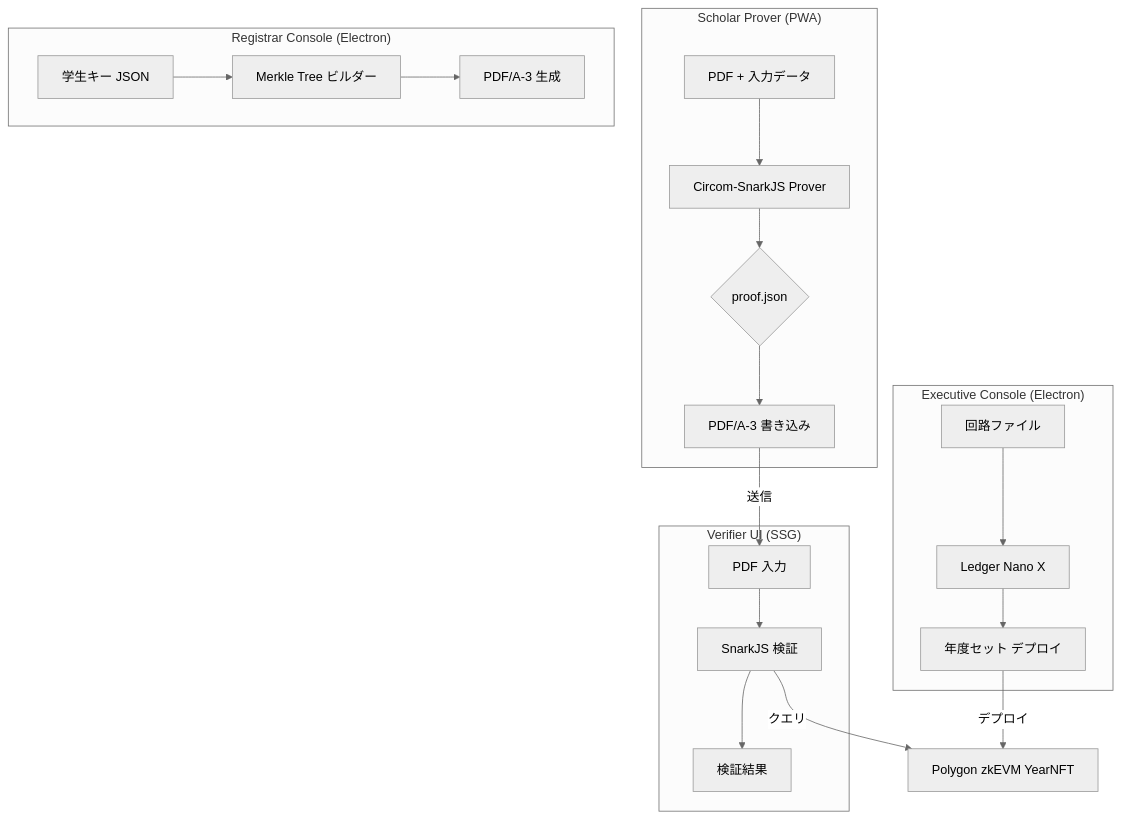
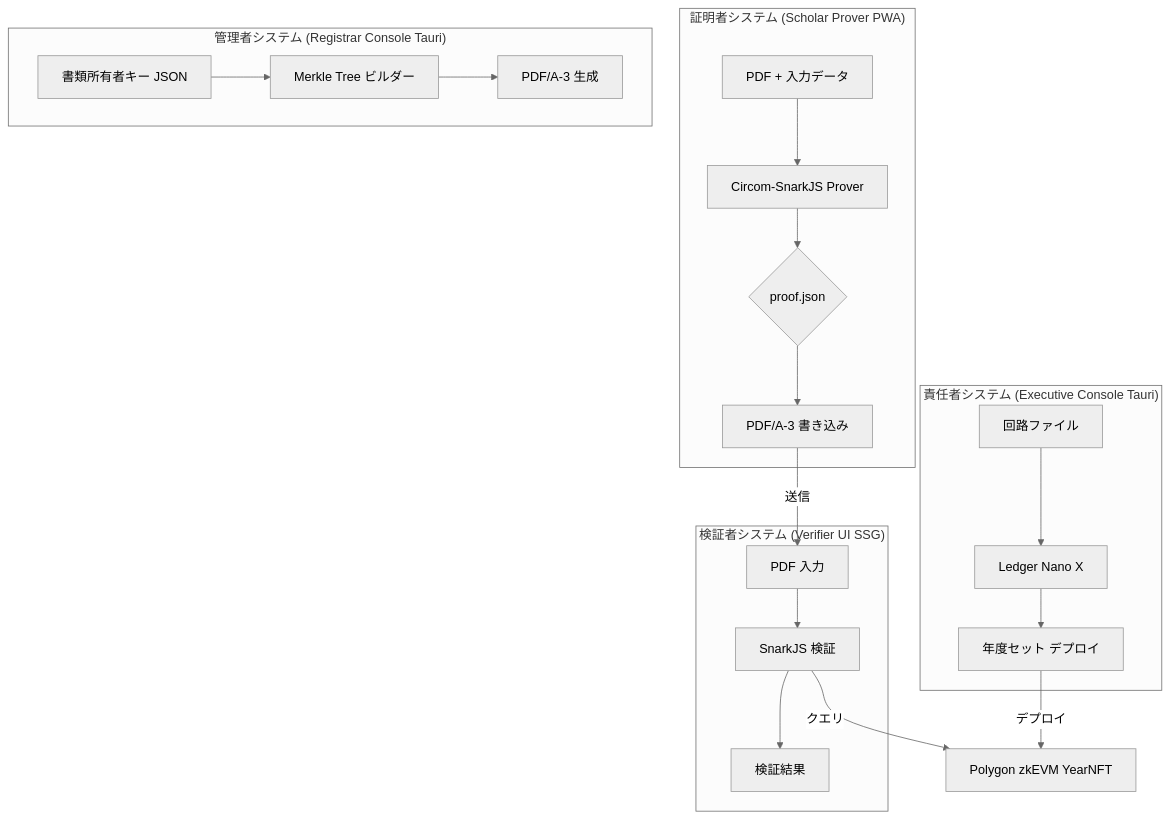
One commit to Blank-Vulture/Tri-CertFramework changed the first of 2 diagrams in documents/FSD_JP.md. Above: the diagram before and after it, drawn with Mermaid (neutral theme). The commit also changed other lines of this file and 14 other files, not shown here.

````diff
--- a/documents/FSD_JP.md
+++ b/documents/FSD_JP.md
@@ -7,23 +9,23 @@
 ```mermaid
 graph TD
-  subgraph "Scholar Prover (PWA)"
+  subgraph "証明者システム (Scholar Prover PWA)"
     A[PDF + 入力データ] --> B[Circom-SnarkJS Prover]
     B --> C{proof.json}
     C --> D[PDF/A‑3 書き込み]
   end
-  subgraph "Executive Console (Electron)"
+  subgraph "責任者システム (Executive Console Tauri)"
     E[回路ファイル] --> F[Ledger Nano X]
     F --> G[年度セット デプロイ]
   end
-  subgraph "Registrar Console (Electron)"
-    H[学生キー JSON] --> I[Merkle Tree ビルダー]
+  subgraph "管理者システム (Registrar Console Tauri)"
+    H[書類所有者キー JSON] --> I[Merkle Tree ビルダー]
     I --> J[PDF/A-3 生成]
   end
-  subgraph "Verifier UI (SSG)"
+  subgraph "検証者システム (Verifier UI SSG)"
     K[PDF 入力] --> L[SnarkJS 検証]
     L --> M[検証結果]
   end
   D -->|送信| K
   G -->|デプロイ| N[Polygon zkEVM YearNFT]
   L -->|クエリ| N
 ```
````
